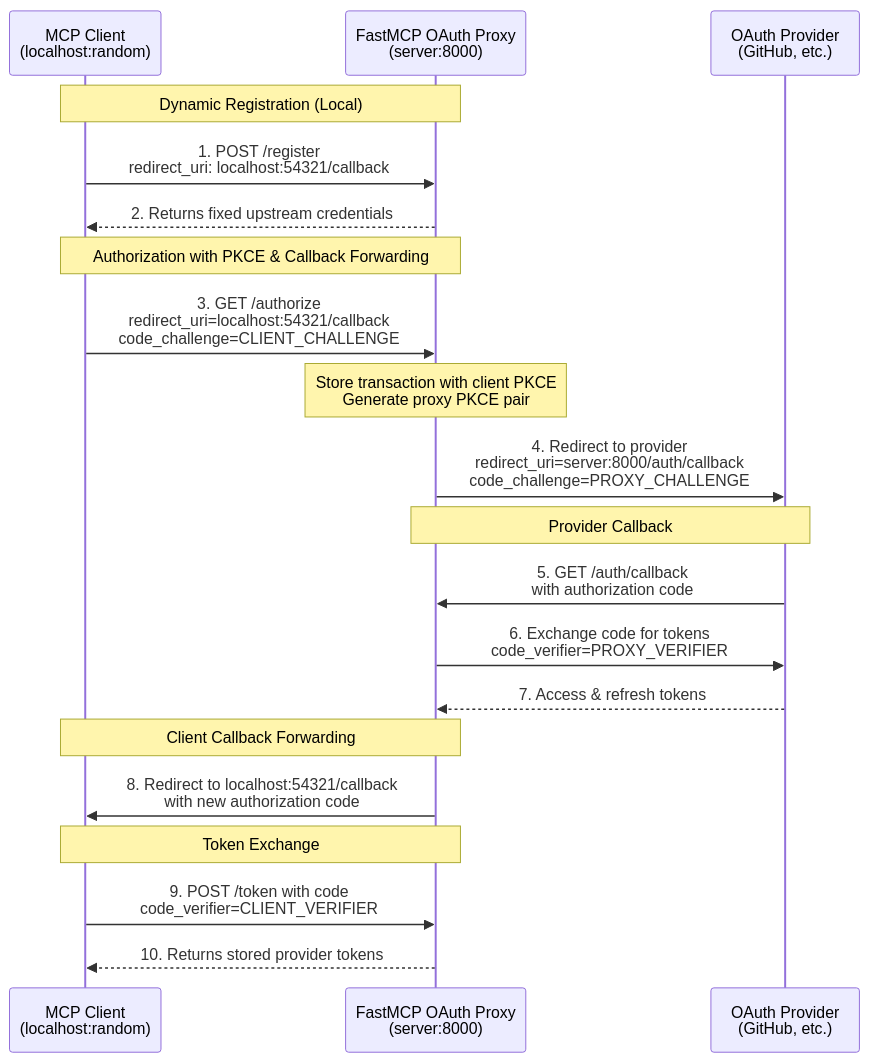
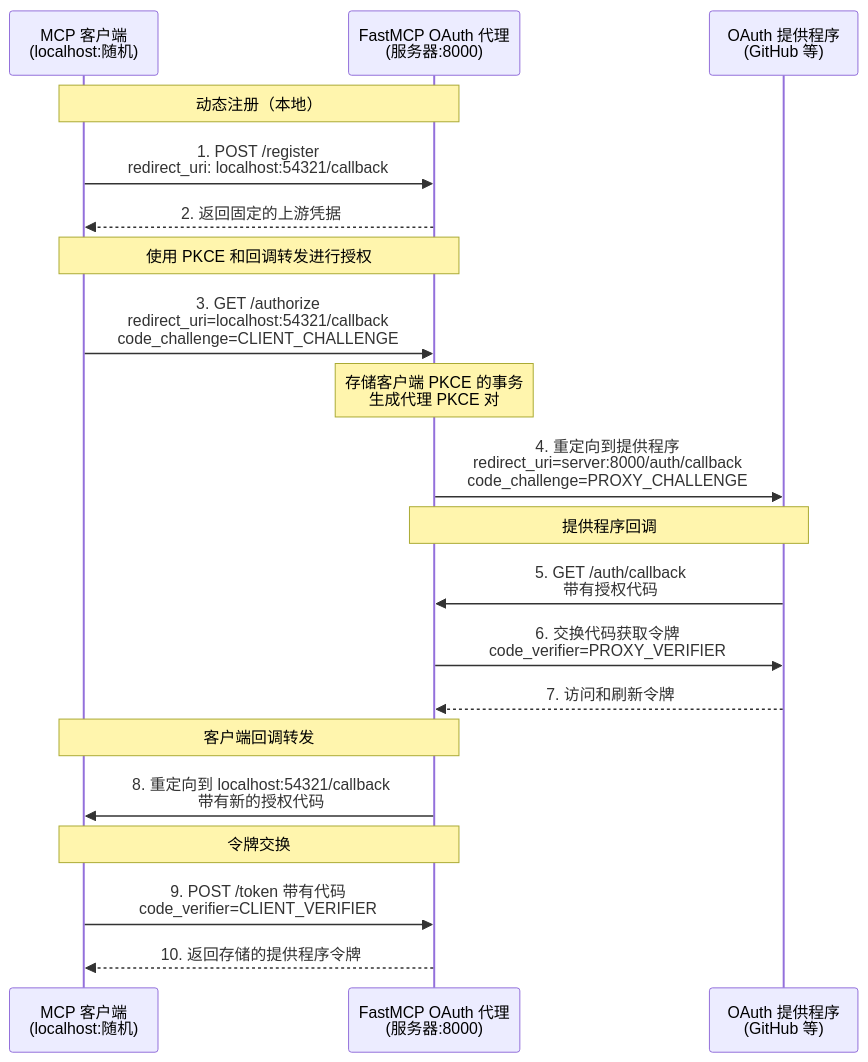
One commit to Gu-f/FastmcpDocs changed the diagram in i18n/zh/servers/auth/oauth-proxy.mdx. Above: the diagram before and after it, drawn with Mermaid. The commit also changed other lines of this file and 19 other files, not shown here.

````diff
--- a/i18n/zh/servers/auth/oauth-proxy.mdx
+++ b/i18n/zh/servers/auth/oauth-proxy.mdx
@@ -182,27 +182,27 @@
 ```mermaid
 sequenceDiagram
-    participant Client as MCP Client<br/>(localhost:random)
-    participant Proxy as FastMCP OAuth Proxy<br/>(server:8000)
-    participant Provider as OAuth Provider<br/>(GitHub, etc.)
+    participant Client as MCP 客户端<br/>(localhost:随机)
+    participant Proxy as FastMCP OAuth 代理<br/>(服务器:8000)
+    participant Provider as OAuth 提供程序<br/>(GitHub 等)
 
-    Note over Client, Proxy: Dynamic Registration (Local)
+    Note over Client, Proxy: 动态注册（本地）
     Client->>Proxy: 1. POST /register<br/>redirect_uri: localhost:54321/callback
-    Proxy-->>Client: 2. Returns fixed upstream credentials
+    Proxy-->>Client: 2. 返回固定的上游凭据
 
-    Note over Client, Proxy: Authorization with PKCE & Callback Forwarding
+    Note over Client, Proxy: 使用 PKCE 和回调转发进行授权
     Client->>Proxy: 3. GET /authorize<br/>redirect_uri=localhost:54321/callback<br/>code_challenge=CLIENT_CHALLENGE
-    Note over Proxy: Store transaction with client PKCE<br/>Generate proxy PKCE pair
-    Proxy->>Provider: 4. Redirect to provider<br/>redirect_uri=server:8000/auth/callback<br/>code_challenge=PROXY_CHALLENGE
+    Note over Proxy: 存储客户端 PKCE 的事务<br/>生成代理 PKCE 对
+    Proxy->>Provider: 4. 重定向到提供程序<br/>redirect_uri=server:8000/auth/callback<br/>code_challenge=PROXY_CHALLENGE
 
-    Note over Provider, Proxy: Provider Callback
-    Provider->>Proxy: 5. GET /auth/callback<br/>with authorization code
-    Proxy->>Provider: 6. Exchange code for tokens<br/>code_verifier=PROXY_VERIFIER
-    Provider-->>Proxy: 7. Access & refresh tokens
+    Note over Provider, Proxy: 提供程序回调
+    Provider->>Proxy: 5. GET /auth/callback<br/>带有授权代码
+    Proxy->>Provider: 6. 交换代码获取令牌<br/>code_verifier=PROXY_VERIFIER
+    Provider-->>Proxy: 7. 访问和刷新令牌
 
-    Note over Proxy, Client: Client Callback Forwarding
-    Proxy->>Client: 8. Redirect to localhost:54321/callback<br/>with new authorization code
+    Note over Proxy, Client: 客户端回调转发
+    Proxy->>Client: 8. 重定向到 localhost:54321/callback<br/>带有新的授权代码
 
-    Note over Client, Proxy: Token Exchange
-    Client->>Proxy: 9. POST /token with code<br/>code_verifier=CLIENT_VERIFIER
-    Proxy-->>Client: 10. Returns stored provider tokens
+    Note over Client, Proxy: 令牌交换
+    Client->>Proxy: 9. POST /token 带有代码<br/>code_verifier=CLIENT_VERIFIER
+    Proxy-->>Client: 10. 返回存储的提供程序令牌
 ```
````
